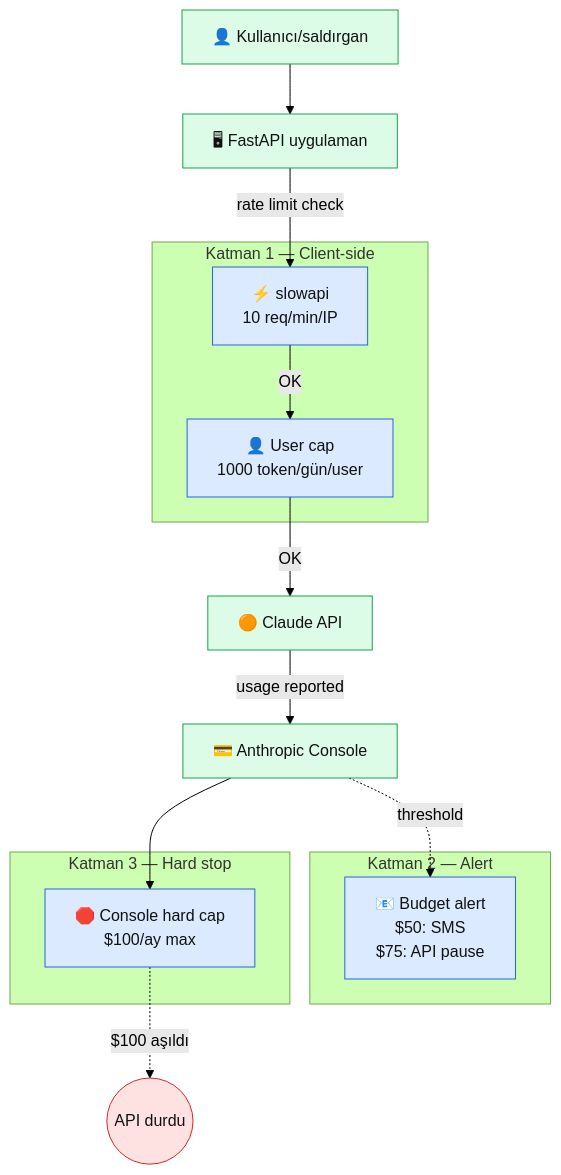
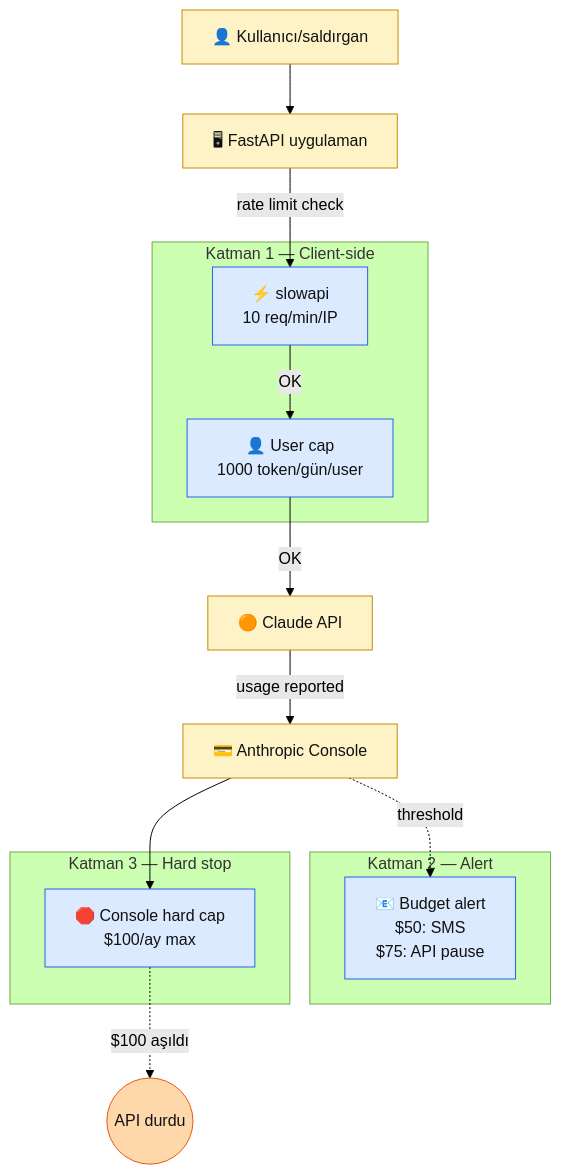
One commit to KemalG-u/muhendisal-platform changed the diagram in docs/bolum-8/03-maliyet.md. Above: the diagram before and after it, drawn with Mermaid (forest theme). The commit also changed other lines of this file and 20 other files, not shown here.

````diff
--- a/docs/bolum-8/03-maliyet.md
+++ b/docs/bolum-8/03-maliyet.md
@@ -34,36 +35,36 @@
 ```mermaid
 flowchart TB
     USER[👤 Kullanıcı/saldırgan]
     APP[🖥 FastAPI uygulaman]
     CLAUDE[🟠 Claude API]
     CONSOLE[💳 Anthropic Console]
 
     subgraph L1["Katman 1 — Client-side"]
-        RL[⚡ slowapi<br/>10 req/min/IP]
-        UC[👤 User cap<br/>1000 token/gün/user]
+        RL[⚡ slowapi\n10 req/min/IP]
+        UC[👤 User cap\n1000 token/gün/user]
     end
 
     subgraph L2["Katman 2 — Alert"]
-        ALERT[📧 Budget alert<br/>$50: SMS<br/>$75: API pause]
+        ALERT[📧 Budget alert\n$50: SMS\n$75: API pause]
     end
 
     subgraph L3["Katman 3 — Hard stop"]
-        HC[🛑 Console hard cap<br/>$100/ay max]
+        HC[🛑 Console hard cap\n$100/ay max]
     end
 
     USER --> APP
     APP -->|rate limit check| RL
     RL -->|OK| UC
     UC -->|OK| CLAUDE
     CLAUDE -->|usage reported| CONSOLE
     CONSOLE -.threshold.-> ALERT
     CONSOLE --> HC
     HC -.$100 aşıldı.-> STOP((API durdu))
 
     classDef layer fill:#dbeafe,stroke:#2563eb,color:#111
-    classDef critical fill:#fee2e2,stroke:#dc2626,color:#111
-    classDef good fill:#dcfce7,stroke:#16a34a,color:#111
+    classDef critical fill:#fed7aa,stroke:#ea580c,color:#111
+    classDef good fill:#fef3c7,stroke:#ca8a04,color:#111
     class RL,UC,ALERT,HC layer
     class STOP critical
     class USER,APP,CLAUDE,CONSOLE good
 ```
````
